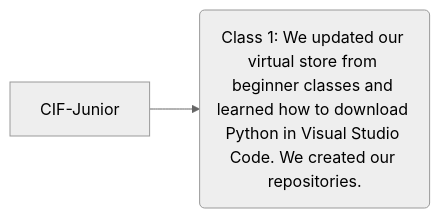
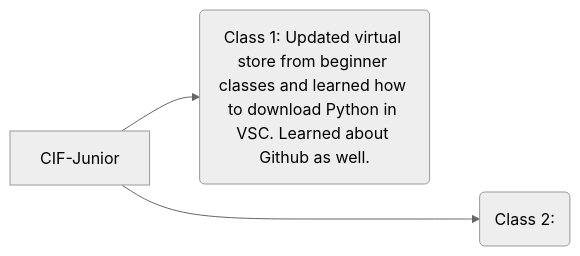
Before and after one commit to deoclabber/CIF-Junior: the diagram in README.md, drawn with Mermaid (neutral theme).

````diff
--- a/README.md
+++ b/README.md
@@ -9,4 +9,5 @@
 ```mermaid
 graph LR;
-  A[CIF-Junior] --> B(Class 1: We updated our virtual store from beginner classes and learned how to download Python in Visual Studio Code. We created our repositories.);
+  A[CIF-Junior] --> B(Class 1: Updated virtual store from beginner classes and learned how to download Python in VSC. Learned about Github as well.);
+  A ---> C(Class 2:);
 ```
````
